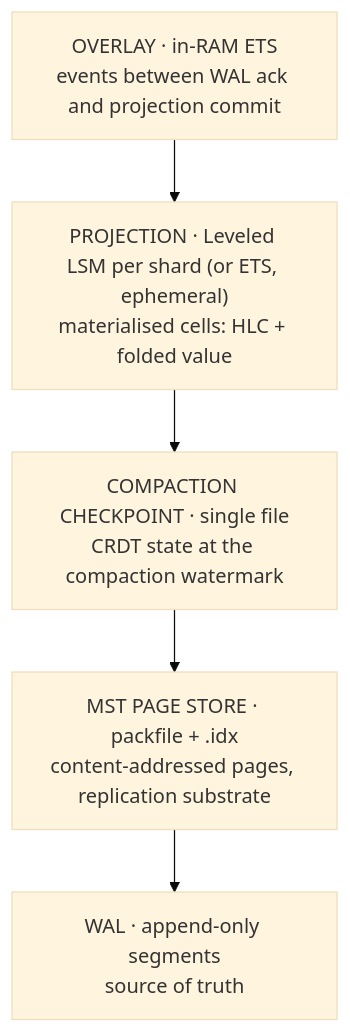
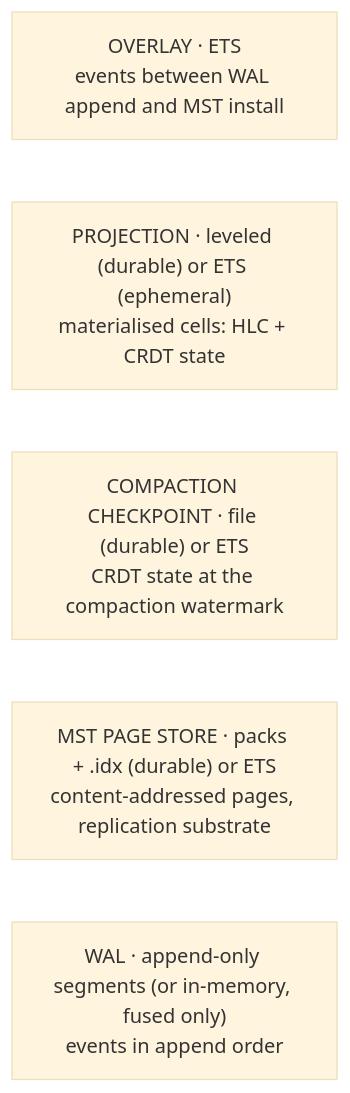
One commit to bondy-io/bondy changed the second of 5 diagrams in apps/bondy_db/doc_extras/architecture/00_overview.md. Above: the diagram before and after it, drawn with Mermaid (base theme). The commit also changed other lines of this file and 449 other files, not shown here.

````diff
--- a/apps/bondy_db/doc_extras/architecture/00_overview.md
+++ b/apps/bondy_db/doc_extras/architecture/00_overview.md
@@ -67,13 +70,10 @@
 ```mermaid
 flowchart TB
-    O["OVERLAY · in-RAM ETS<br/>events between WAL ack and projection commit"]
-    P["PROJECTION · Leveled LSM per shard (or ETS, ephemeral)<br/>materialised cells: HLC + folded value"]
-    SNAP["COMPACTION CHECKPOINT · single file<br/>CRDT state at the compaction watermark"]
-    MST["MST PAGE STORE · packfile + .idx<br/>content-addressed pages, replication substrate"]
-    WAL["WAL · append-only segments<br/>source of truth"]
+    O["OVERLAY · ETS<br/>events between WAL append and MST install"]
+    P["PROJECTION · leveled (durable) or ETS (ephemeral)<br/>materialised cells: HLC + CRDT state"]
+    SNAP["COMPACTION CHECKPOINT · file (durable) or ETS<br/>CRDT state at the compaction watermark"]
+    MST["MST PAGE STORE · packs + .idx (durable) or ETS<br/>content-addressed pages, replication substrate"]
+    WAL["WAL · append-only segments (or in-memory, fused only)<br/>events in append order"]
 
-    O   --> P
-    P   --> SNAP
-    SNAP --> MST
-    MST --> WAL
+    O ~~~ P ~~~ SNAP ~~~ MST ~~~ WAL
 ```
````
